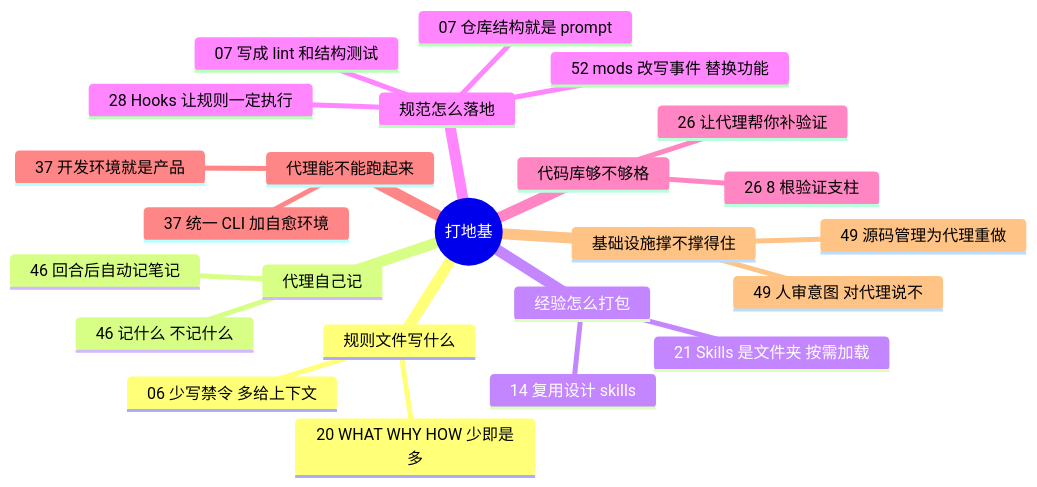
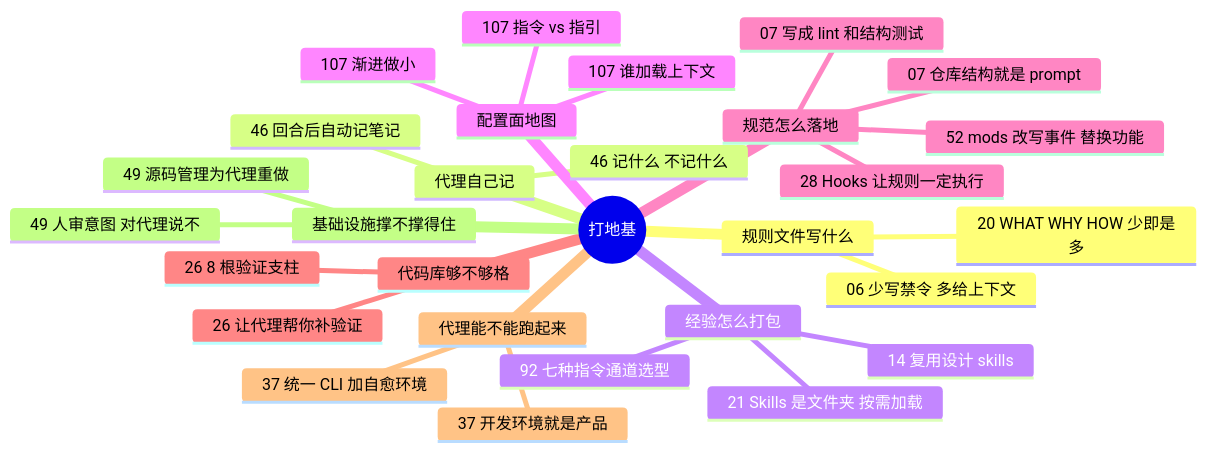
The diagram in docs/guide/foundation.md (yzw7489757/ai-coding-videos), drawn with Mermaid before and after one commit. The commit also changed other lines of this file and 17 other files, not shown here.

First line of the commit message:
第十九批收录 #107–#110：配置面地图、五级对齐、Goals、闭环修复环

````diff
--- a/docs/guide/foundation.md
+++ b/docs/guide/foundation.md
@@ -13,27 +13,32 @@
 ```mermaid
 mindmap
   root((打地基))
     规则文件写什么
       20 WHAT WHY HOW 少即是多
       06 少写禁令 多给上下文
     代理自己记
       46 回合后自动记笔记
       46 记什么 不记什么
     经验怎么打包
       21 Skills 是文件夹 按需加载
       14 复用设计 skills
+      92 七种指令通道选型
+    配置面地图
+      107 指令 vs 指引
+      107 谁加载上下文
+      107 渐进做小
     规范怎么落地
       07 写成 lint 和结构测试
       07 仓库结构就是 prompt
       28 Hooks 让规则一定执行
       52 mods 改写事件 替换功能
     代码库够不够格
       26 8 根验证支柱
       26 让代理帮你补验证
     代理能不能跑起来
       37 开发环境就是产品
       37 统一 CLI 加自愈环境
     基础设施撑不撑得住
       49 源码管理为代理重做
       49 人审意图 对代理说不
 ```
````
